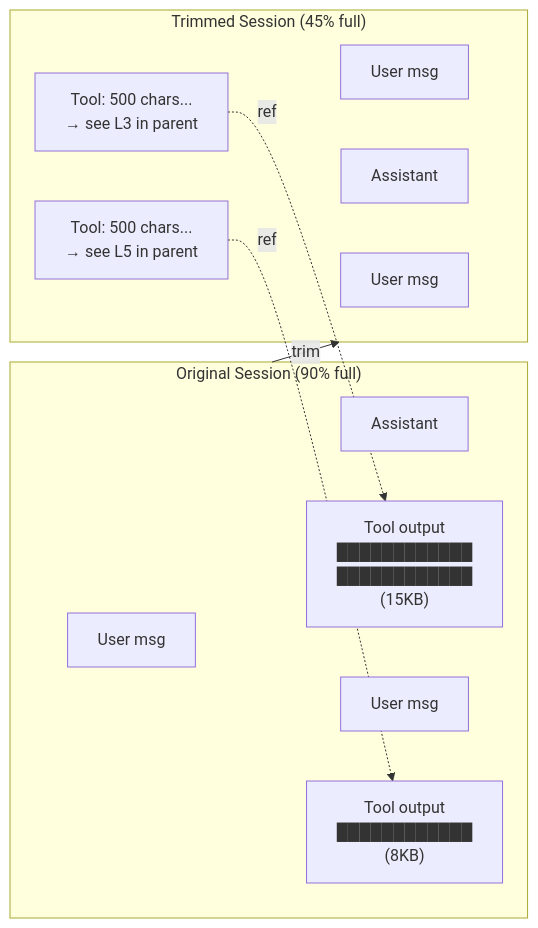
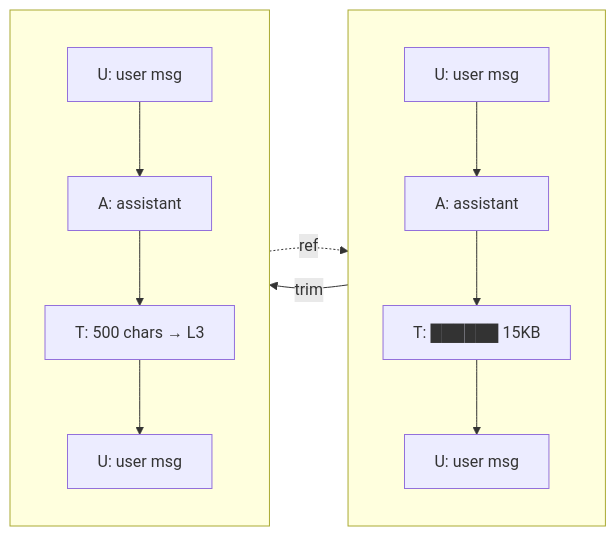
Before and after one commit to steeef/claude-code-tools: the diagram in demos/trim_diagrams.md, drawn with Mermaid. The commit also changed other lines of this file and 4 other files, not shown here.

````diff
--- a/demos/trim_diagrams.md
+++ b/demos/trim_diagrams.md
@@ -7,22 +3,23 @@
 ```mermaid
 flowchart LR
-    subgraph original["Original Session (90% full)"]
-        u1[User msg]
-        a1[Assistant]
-        t1["Tool output<br/>████████████<br/>████████████<br/>(15KB)"]
-        u2[User msg]
-        t2["Tool output<br/>████████████<br/>(8KB)"]
+    subgraph orig[" "]
+        direction TB
+        o1[U: user msg]
+        o2[A: assistant]
+        o3["T: ██████ 15KB"]
+        o4[U: user msg]
+        o1 --> o2 --> o3 --> o4
     end
 
-    subgraph trimmed["Trimmed Session (45% full)"]
-        u1t[User msg]
-        a1t[Assistant]
-        t1t["Tool: 500 chars...<br/>→ see L3 in parent"]
-        u2t[User msg]
-        t2t["Tool: 500 chars...<br/>→ see L5 in parent"]
+    subgraph trimmed[" "]
+        direction TB
+        t1[U: user msg]
+        t2[A: assistant]
+        t3["T: 500 chars → L3"]
+        t4[U: user msg]
+        t1 --> t2 --> t3 --> t4
     end
 
-    original -->|trim| trimmed
-    t1t -.->|ref| t1
-    t2t -.->|ref| t2
+    orig -->|trim| trimmed
+    t3 -.->|ref| o3
 ```
````
